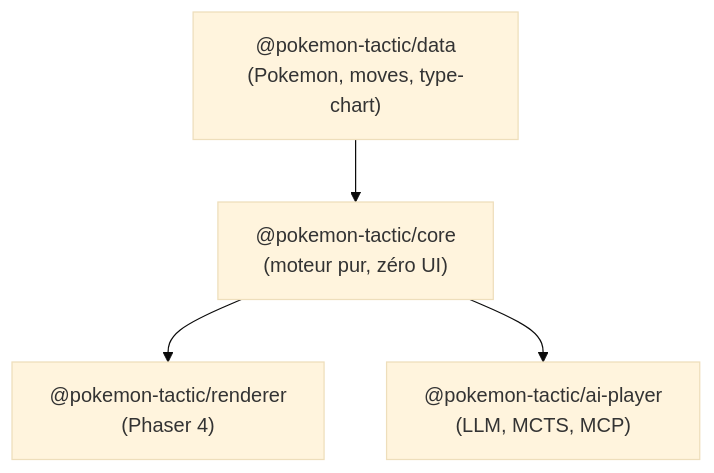
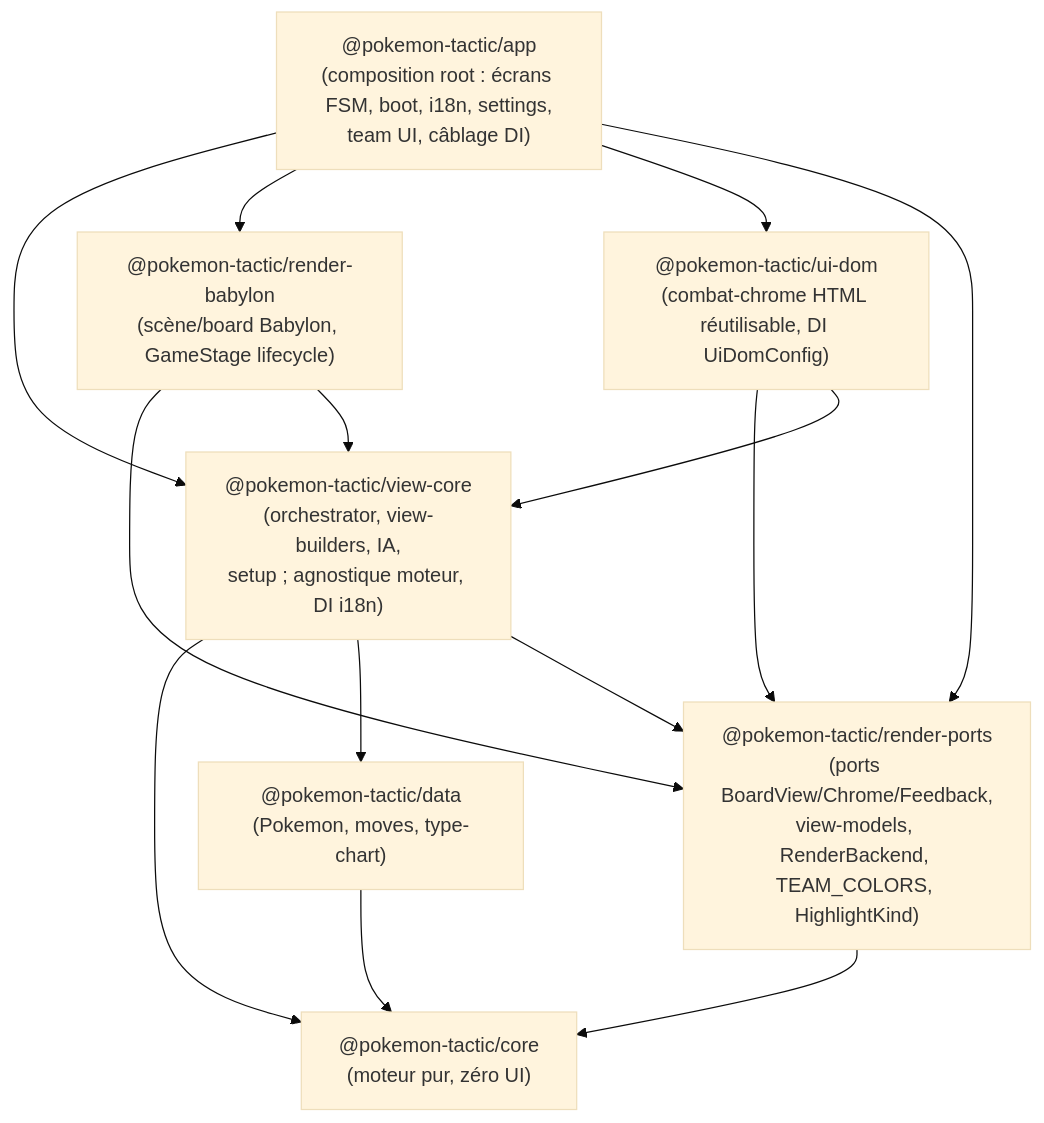
One commit to kekel87/pokemon-tactics changed the first of 4 diagrams in docs/architecture.md. Above: the diagram before and after it, drawn with Mermaid (base theme). The commit also changed other lines of this file and 940 other files, not shown here.

````diff
--- a/docs/architecture.md
+++ b/docs/architecture.md
@@ -40,11 +65,24 @@
 ```mermaid
 graph TD
+    core["@pokemon-tactic/core<br/>(moteur pur, zéro UI)"]
     data["@pokemon-tactic/data<br/>(Pokemon, moves, type-chart)"]
-    core["@pokemon-tactic/core<br/>(moteur pur, zéro UI)"]
-    renderer["@pokemon-tactic/renderer<br/>(Phaser 4)"]
-    ai["@pokemon-tactic/ai-player<br/>(LLM, MCTS, MCP)"]
+    renderPorts["@pokemon-tactic/render-ports<br/>(ports BoardView/Chrome/Feedback,<br/>view-models, RenderBackend, TEAM_COLORS, HighlightKind)"]
+    viewCore["@pokemon-tactic/view-core<br/>(orchestrator, view-builders, IA,<br/>setup ; agnostique moteur, DI i18n)"]
+    renderBabylon["@pokemon-tactic/render-babylon<br/>(scène/board Babylon, GameStage lifecycle)"]
+    uiDom["@pokemon-tactic/ui-dom<br/>(combat-chrome HTML réutilisable, DI UiDomConfig)"]
+    app["@pokemon-tactic/app<br/>(composition root : écrans FSM, boot, i18n, settings,<br/>team UI, câblage DI)"]
 
     data --> core
-    core --> renderer
-    core --> ai
+    renderPorts --> core
+    viewCore --> core
+    viewCore --> data
+    viewCore --> renderPorts
+    renderBabylon --> renderPorts
+    renderBabylon --> viewCore
+    uiDom --> renderPorts
+    uiDom --> viewCore
+    app --> viewCore
+    app --> renderBabylon
+    app --> uiDom
+    app --> renderPorts
 ```
````
